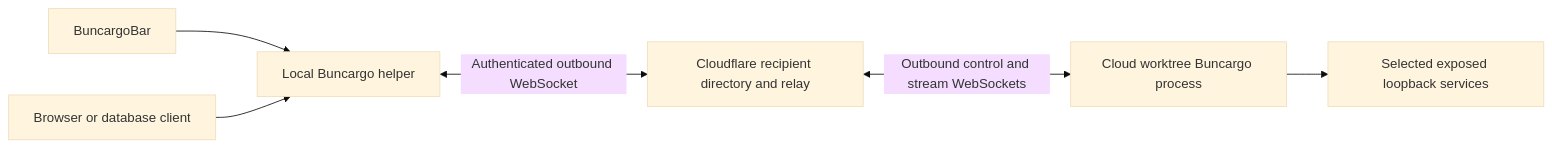
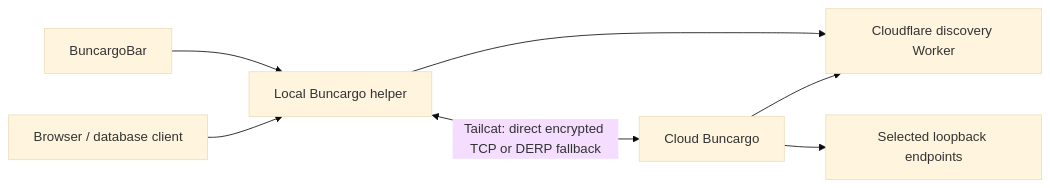
Before and after one commit to HansKristoffer/buncargo: the diagram in docs/cloud-connect-plan.md, drawn with Mermaid (base theme). The commit also changed other lines of this file and 59 other files, not shown here.

````diff
--- a/docs/cloud-connect-plan.md
+++ b/docs/cloud-connect-plan.md
@@ -24,8 +13,9 @@
 ```mermaid
 flowchart LR
-    M[BuncargoBar] --> H[Local Buncargo helper]
-    B[Browser or database client] --> H
-    H <-->|Authenticated outbound WebSocket| R[Cloudflare recipient directory and relay]
-    R <-->|Outbound control and stream WebSockets| P[Cloud worktree Buncargo process]
-    P --> A[Selected exposed loopback services]
+  Bar[BuncargoBar] --> Helper[Local Buncargo helper]
+  Helper --> Directory[Cloudflare discovery Worker]
+  Cloud[Cloud Buncargo] --> Directory
+  Browser[Browser / database client] --> Helper
+  Helper <-->|Tailcat: direct encrypted TCP or DERP fallback| Cloud
+  Cloud --> Apps[Selected loopback endpoints]
 ```
````
